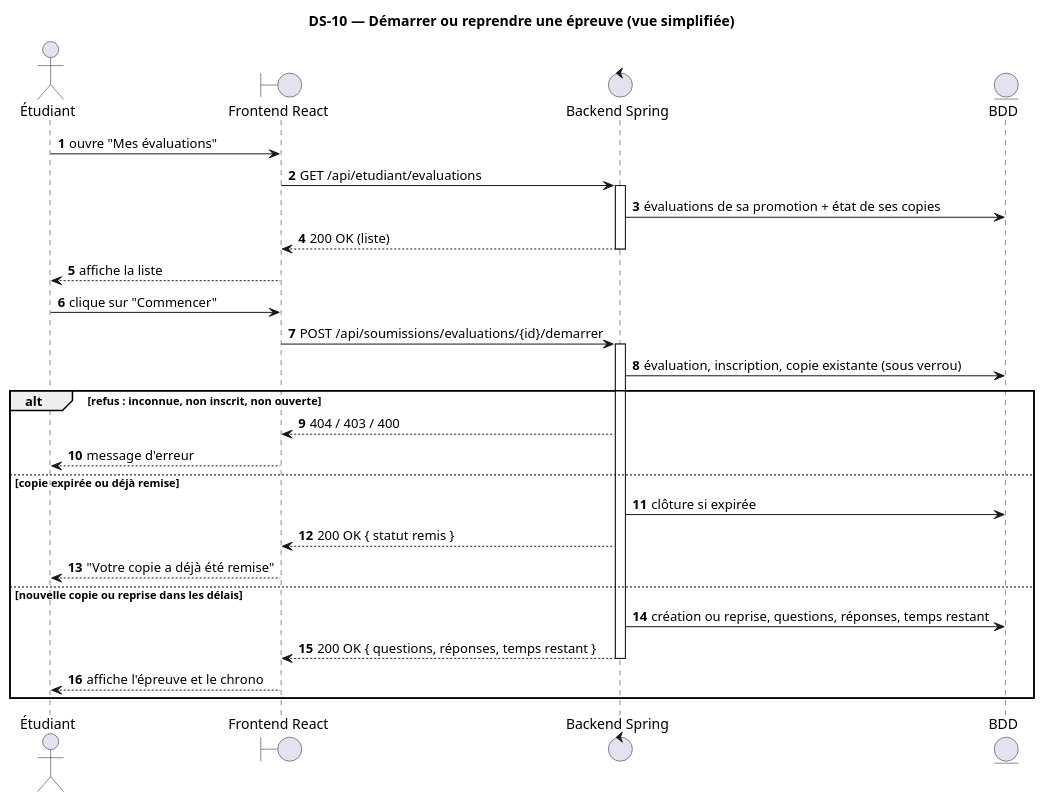
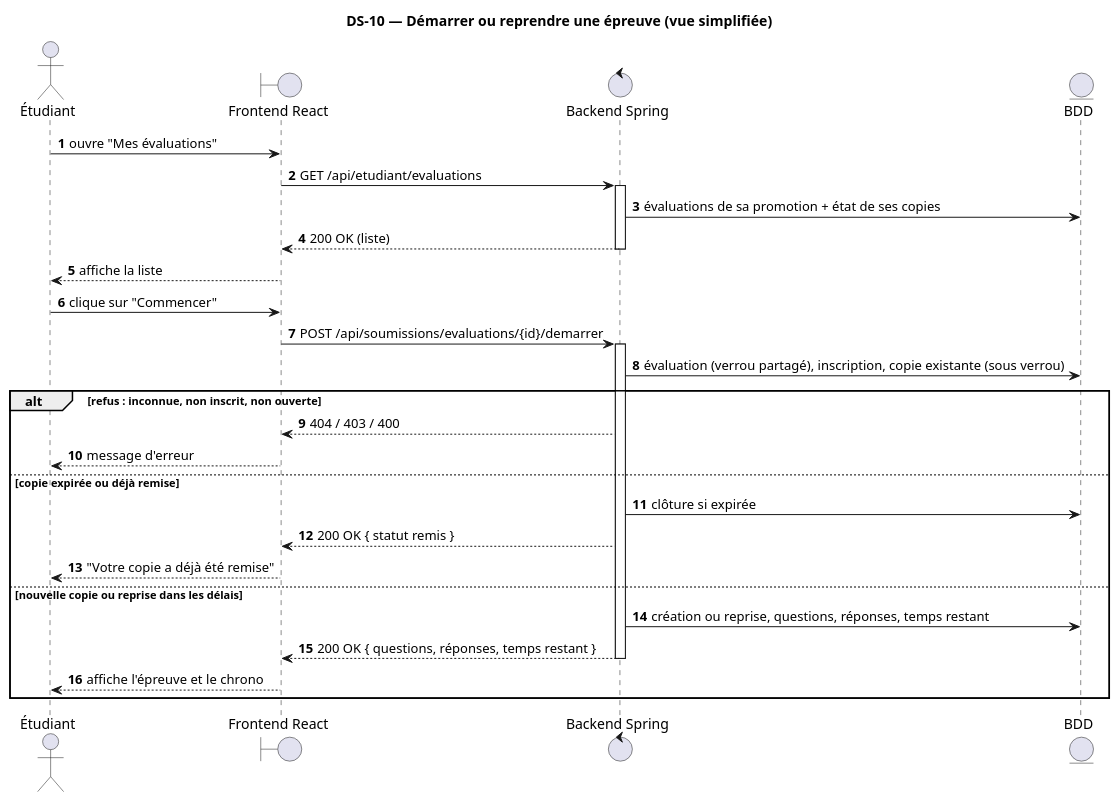
One commit to MorLeye75/eval-platform changed the diagram in docs/diagrammes-sequence/DS-10-demarrage-simplifie.puml. Above: the diagram before and after it, drawn with PlantUML. The commit also changed 5 other files, not shown here.

First line of the commit message:
fix(passation): verrou partage sur l'evaluation au demarrage d'une copie (DS-10)

```diff
--- a/docs/diagrammes-sequence/DS-10-demarrage-simplifie.puml
+++ b/docs/diagrammes-sequence/DS-10-demarrage-simplifie.puml
@@ -1,31 +1,31 @@
 @startuml DS-10_demarrage_simplifie
 title DS-10 — Démarrer ou reprendre une épreuve (vue simplifiée)
 autonumber
 actor "Étudiant" as E
 boundary "Frontend React" as F
 control "Backend Spring" as B
 entity "BDD" as D
 
 E -> F : ouvre "Mes évaluations"
 F -> B ++ : GET /api/etudiant/evaluations
 B -> D : évaluations de sa promotion + état de ses copies
 B --> F -- : 200 OK (liste)
 F --> E : affiche la liste
 
 E -> F : clique sur "Commencer"
 F -> B ++ : POST /api/soumissions/evaluations/{id}/demarrer
-B -> D : évaluation, inscription, copie existante (sous verrou)
+B -> D : évaluation (verrou partagé), inscription, copie existante (sous verrou)
 
 alt refus : inconnue, non inscrit, non ouverte
   B --> F : 404 / 403 / 400
   F --> E : message d'erreur
 else copie expirée ou déjà remise
   B -> D : clôture si expirée
   B --> F : 200 OK { statut remis }
   F --> E : "Votre copie a déjà été remise"
 else nouvelle copie ou reprise dans les délais
   B -> D : création ou reprise, questions, réponses, temps restant
   B --> F -- : 200 OK { questions, réponses, temps restant }
   F --> E : affiche l'épreuve et le chrono
 end
 @enduml
```
